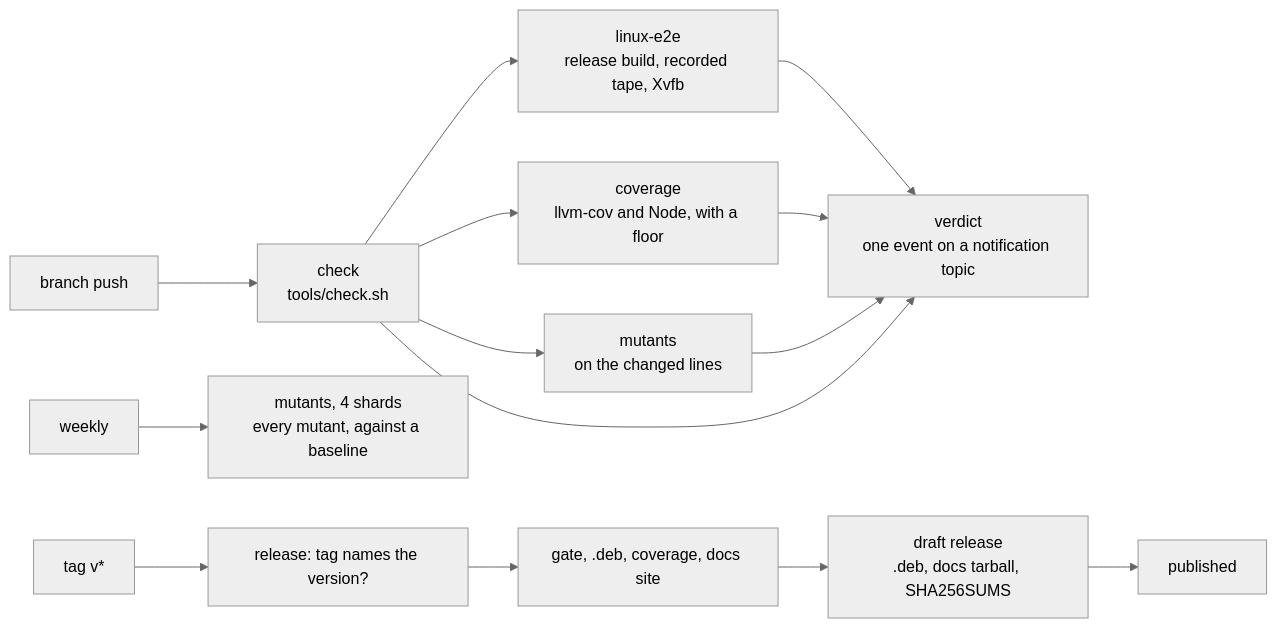
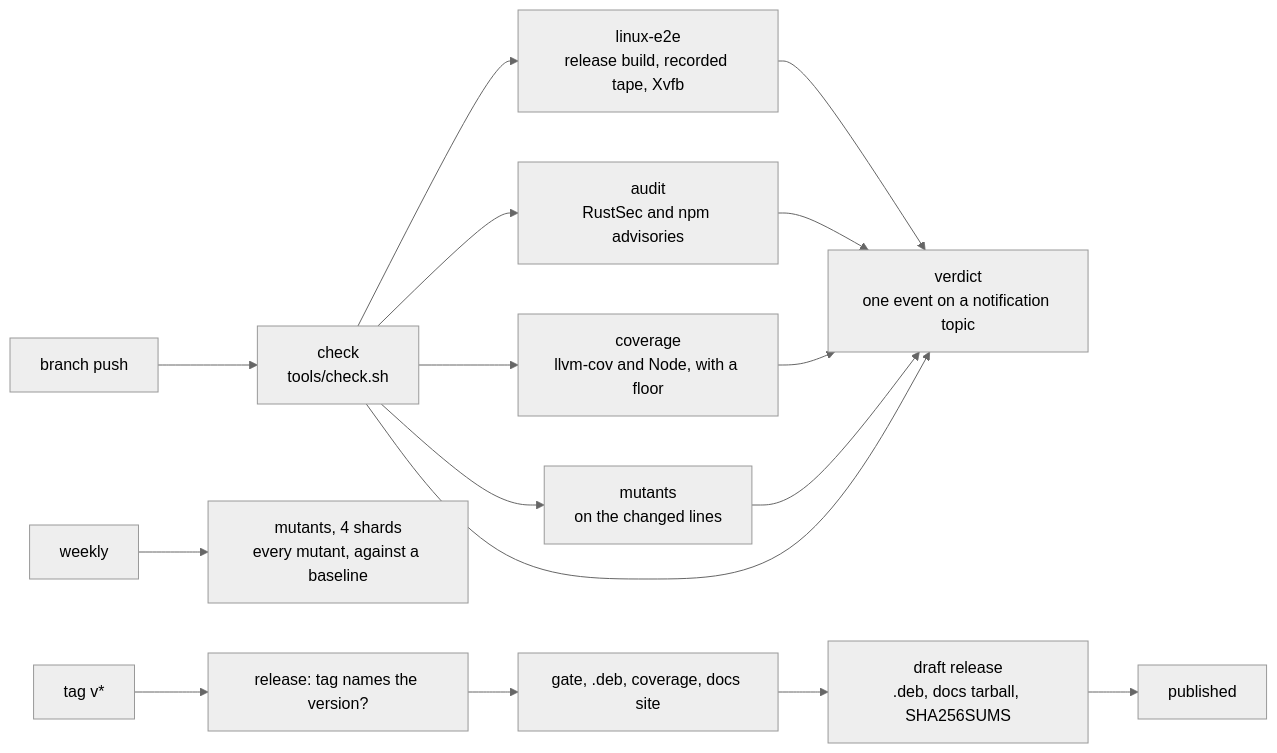
One commit to jake-king/maps-tauri changed the diagram in book/src/testing.md. Above: the diagram before and after it, drawn with Mermaid (neutral theme). The commit also changed other lines of this file and 13 other files, not shown here.

````diff
--- a/book/src/testing.md
+++ b/book/src/testing.md
@@ -98,16 +114,18 @@
 ```mermaid
 flowchart LR
   push["branch push"] --> check["check<br/>tools/check.sh"]
   check --> e2e["linux-e2e<br/>release build, recorded tape, Xvfb"]
   check --> cov["coverage<br/>llvm-cov and Node, with a floor"]
   e2e --> verdict["verdict<br/>one event on a notification topic"]
   check --> mut["mutants<br/>on the changed lines"]
+  check --> audit["audit<br/>RustSec and npm advisories"]
+  audit --> verdict
   cov --> verdict
   mut --> verdict
   check --> verdict
   week["weekly"] --> mfull["mutants, 4 shards<br/>every mutant, against a baseline"]
   tag["tag v*"] --> vcheck["release: tag names the version?"]
   vcheck --> rgate["gate, .deb, coverage, docs site"]
   rgate --> draft["draft release<br/>.deb, docs tarball, SHA256SUMS"]
   draft --> pub["published"]
 ```
````
